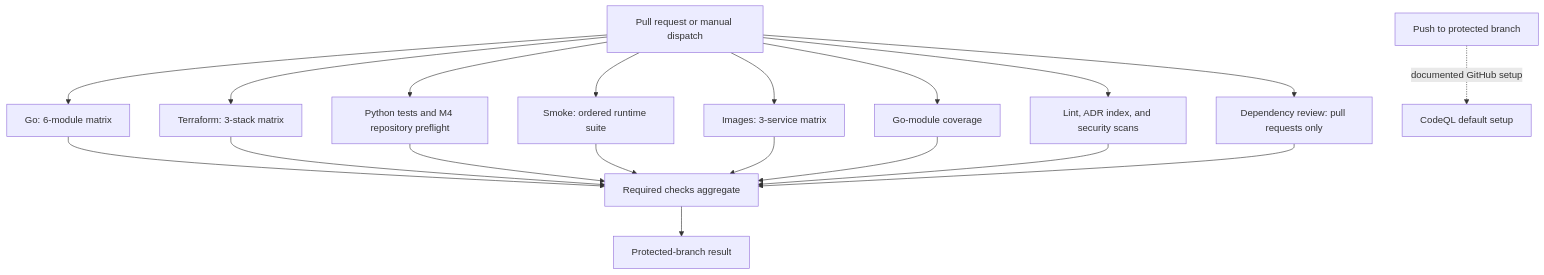
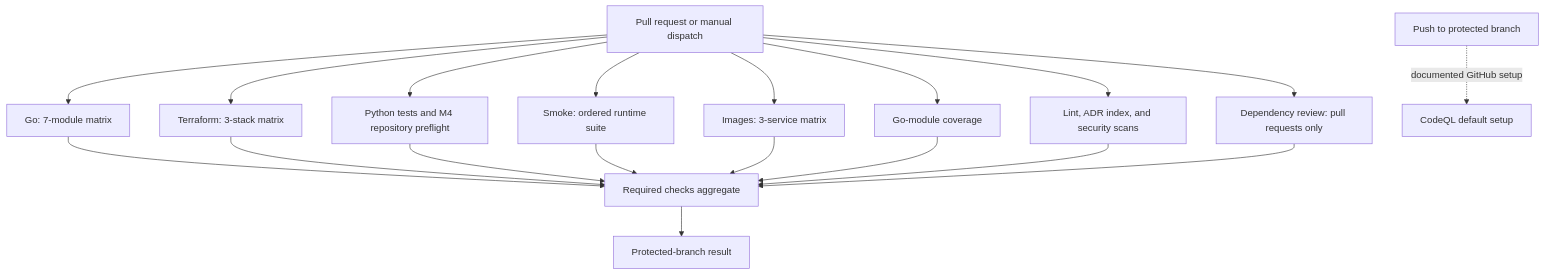
The diagram in docs/repository-file-checks.md (lilabrooks/my-local-platform), drawn with Mermaid before and after one commit. The commit also changed other lines of this file, not shown here.

````diff
--- a/docs/repository-file-checks.md
+++ b/docs/repository-file-checks.md
@@ -52,24 +58,24 @@
 ```mermaid
 flowchart TD
     event[Pull request or manual dispatch]
-    event --> go[Go: 6-module matrix]
+    event --> go[Go: 7-module matrix]
     event --> terraform[Terraform: 3-stack matrix]
     event --> python[Python tests and M4 repository preflight]
     event --> smoke[Smoke: ordered runtime suite]
     event --> image[Images: 3-service matrix]
     event --> modules[Go-module coverage]
     event --> lint[Lint, ADR index, and security scans]
     event --> dependency[Dependency review: pull requests only]
 
     go --> required[Required checks aggregate]
     terraform --> required
     python --> required
     smoke --> required
     image --> required
     modules --> required
     lint --> required
     dependency --> required
     required --> protection[Protected-branch result]
 
     push[Push to protected branch] -. documented GitHub setup .-> codeql[CodeQL default setup]
 ```
````
